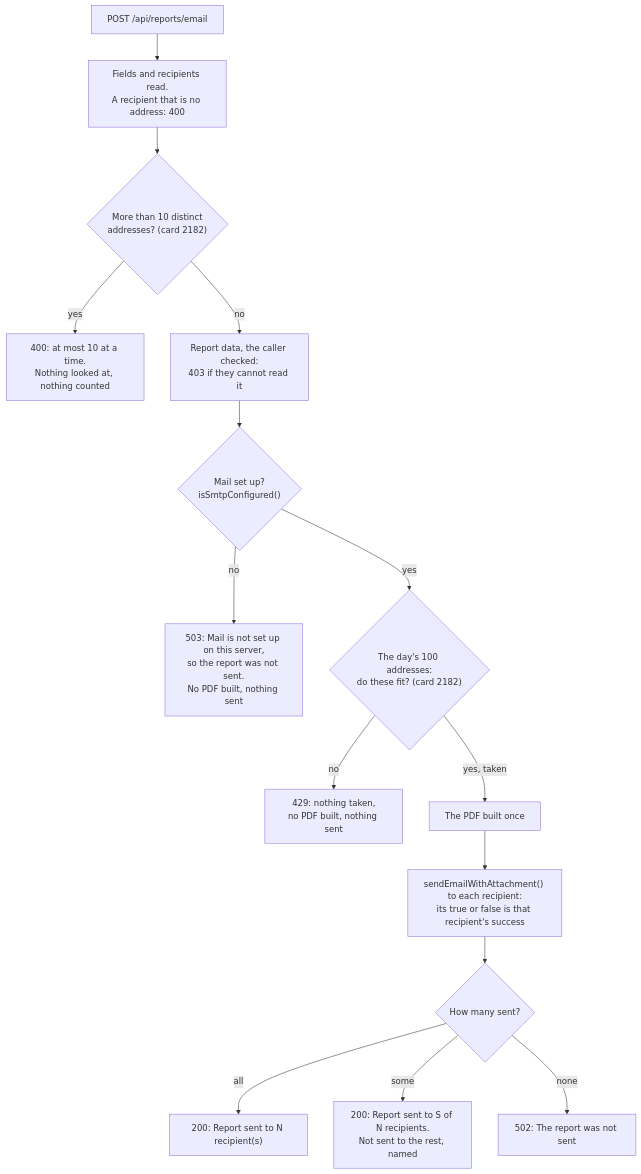
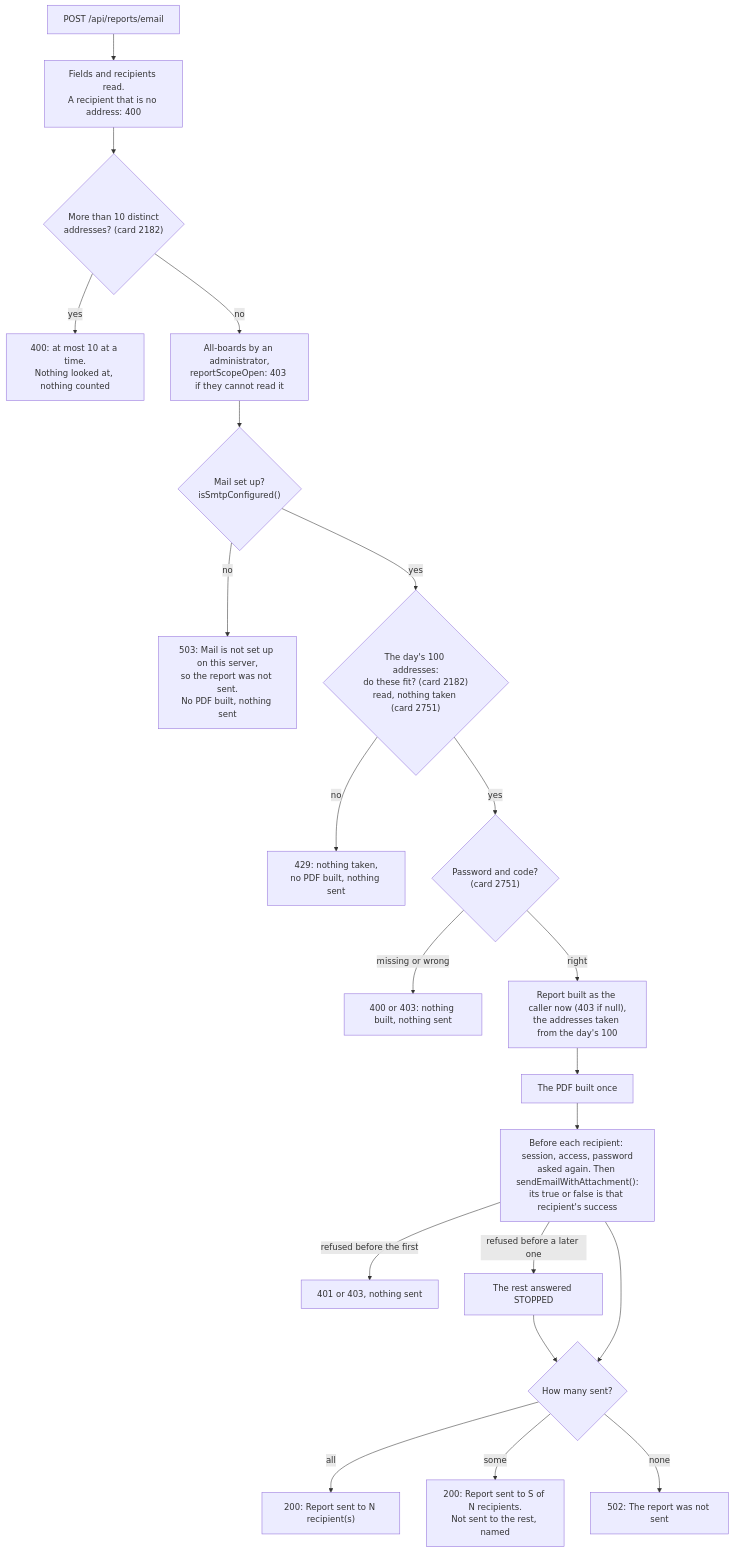
Diagram 26 of 41 in docs/notifications-email.md (gitBoon/DumpFire), drawn with Mermaid before and after one commit. The commit also changed other lines of this file and 32 other files, not shown here.

````diff
--- a/docs/notifications-email.md
+++ b/docs/notifications-email.md
@@ -1698,17 +1794,23 @@
 ```mermaid
 flowchart TD
     Post["POST /api/reports/email"] --> Fields["Fields and recipients read.<br/>A recipient that is no address: 400"]
     Fields --> Cap{"More than 10 distinct<br/>addresses? (card 2182)"}
     Cap -->|"yes"| R400["400: at most 10 at a time.<br/>Nothing looked at, nothing counted"]
-    Cap -->|"no"| Data["Report data, the caller checked:<br/>403 if they cannot read it"]
-    Data --> Smtp{"Mail set up?<br/>isSmtpConfigured()"}
+    Cap -->|"no"| Scope["All-boards by an administrator,<br/>reportScopeOpen: 403 if they cannot read it"]
+    Scope --> Smtp{"Mail set up?<br/>isSmtpConfigured()"}
     Smtp -->|"no"| R503["503: Mail is not set up on this server,<br/>so the report was not sent.<br/>No PDF built, nothing sent"]
-    Smtp -->|"yes"| Allow{"The day's 100 addresses:<br/>do these fit? (card 2182)"}
+    Smtp -->|"yes"| Allow{"The day's 100 addresses:<br/>do these fit? (card 2182)<br/>read, nothing taken (card 2751)"}
     Allow -->|"no"| R429["429: nothing taken,<br/>no PDF built, nothing sent"]
-    Allow -->|"yes, taken"| Pdf["The PDF built once"]
-    Pdf --> Each["sendEmailWithAttachment() to each recipient:<br/>its true or false is that recipient's success"]
+    Allow -->|"yes"| StepUp{"Password and code?<br/>(card 2751)"}
+    StepUp -->|"missing or wrong"| R4xx["400 or 403: nothing built, nothing sent"]
+    StepUp -->|"right"| Data["Report built as the caller now (403 if null),<br/>the addresses taken from the day's 100"]
+    Data --> Pdf["The PDF built once"]
+    Pdf --> Each["Before each recipient: session, access, password<br/>asked again. Then sendEmailWithAttachment():<br/>its true or false is that recipient's success"]
+    Each -->|"refused before the first"| R403["401 or 403, nothing sent"]
+    Each -->|"refused before a later one"| Stop["The rest answered STOPPED"]
+    Stop --> Count
     Each --> Count{"How many sent?"}
     Count -->|"all"| R200["200: Report sent to N recipient(s)"]
     Count -->|"some"| R200s["200: Report sent to S of N recipients.<br/>Not sent to the rest, named"]
     Count -->|"none"| R502["502: The report was not sent"]
 ```
````
